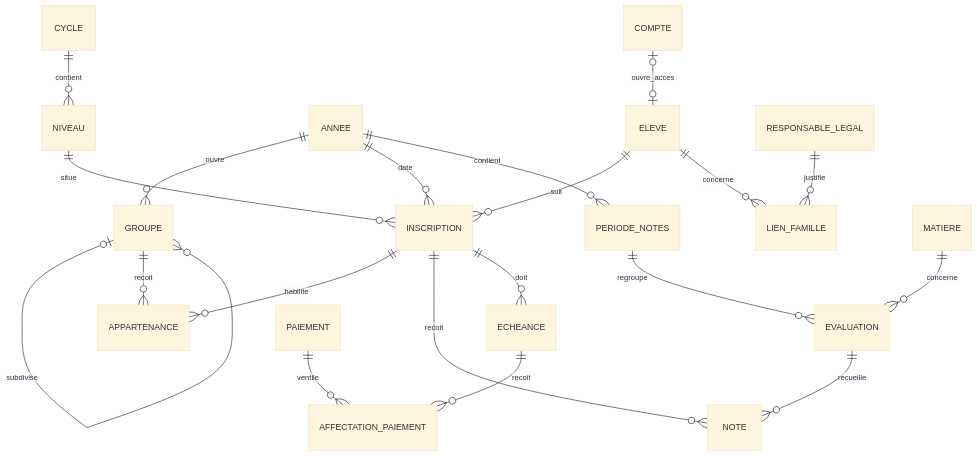
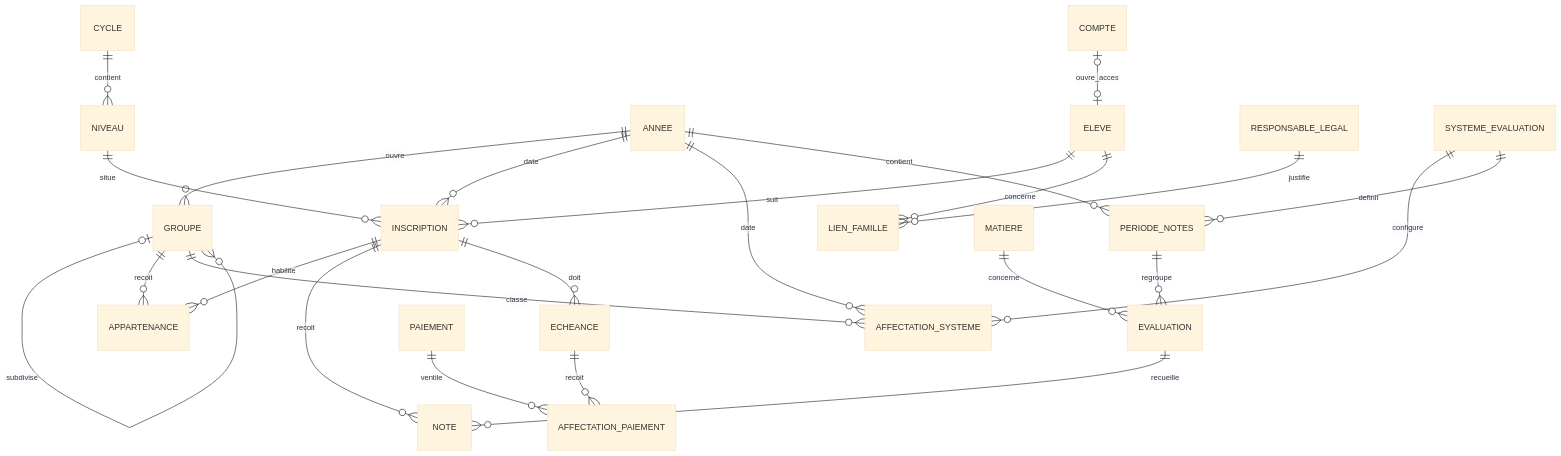
The first of 3 diagrams in docs/conception/vie-scolaire/conception-c5-modele-donnees-scolaire.md (Claude20022002/Planner), drawn with Mermaid (base theme) before and after one commit. The commit also changed other lines of this file, not shown here.

Commit message:
docs(vsc-01): définir les systèmes par classe

````diff
--- a/docs/conception/vie-scolaire/conception-c5-modele-donnees-scolaire.md
+++ b/docs/conception/vie-scolaire/conception-c5-modele-donnees-scolaire.md
@@ -162,22 +177,26 @@
 ```mermaid
 erDiagram
     CYCLE ||--o{ NIVEAU : contient
     ANNEE ||--o{ GROUPE : ouvre
     GROUPE o|--o{ GROUPE : subdivise
     NIVEAU ||--o{ INSCRIPTION : situe
     ANNEE ||--o{ INSCRIPTION : date
     COMPTE o|--o| ELEVE : ouvre_acces
     ELEVE ||--o{ INSCRIPTION : suit
     INSCRIPTION ||--o{ APPARTENANCE : habilite
     GROUPE ||--o{ APPARTENANCE : recoit
     ELEVE ||--o{ LIEN_FAMILLE : concerne
     RESPONSABLE_LEGAL ||--o{ LIEN_FAMILLE : justifie
+    ANNEE ||--o{ AFFECTATION_SYSTEME : date
+    GROUPE ||--o{ AFFECTATION_SYSTEME : classe
+    SYSTEME_EVALUATION ||--o{ AFFECTATION_SYSTEME : configure
+    SYSTEME_EVALUATION ||--o{ PERIODE_NOTES : definit
     ANNEE ||--o{ PERIODE_NOTES : contient
     PERIODE_NOTES ||--o{ EVALUATION : regroupe
     MATIERE ||--o{ EVALUATION : concerne
     EVALUATION ||--o{ NOTE : recueille
     INSCRIPTION ||--o{ NOTE : recoit
     INSCRIPTION ||--o{ ECHEANCE : doit
     ECHEANCE ||--o{ AFFECTATION_PAIEMENT : recoit
     PAIEMENT ||--o{ AFFECTATION_PAIEMENT : ventile
 ```
````
